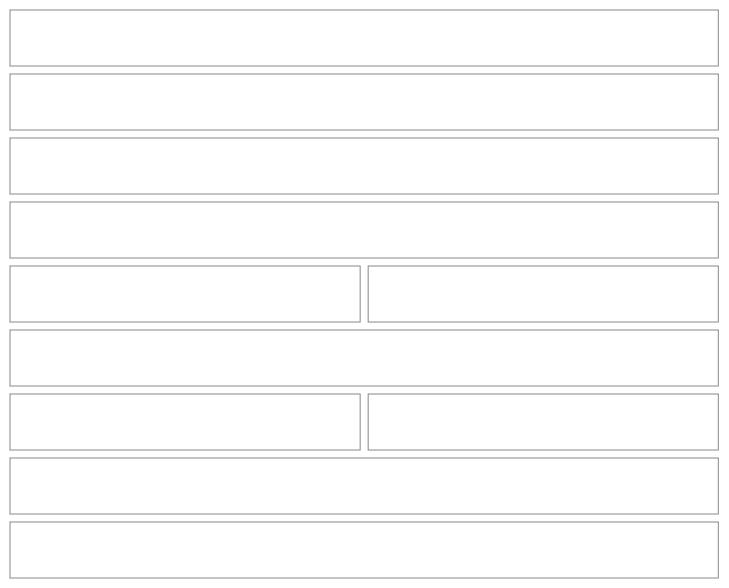
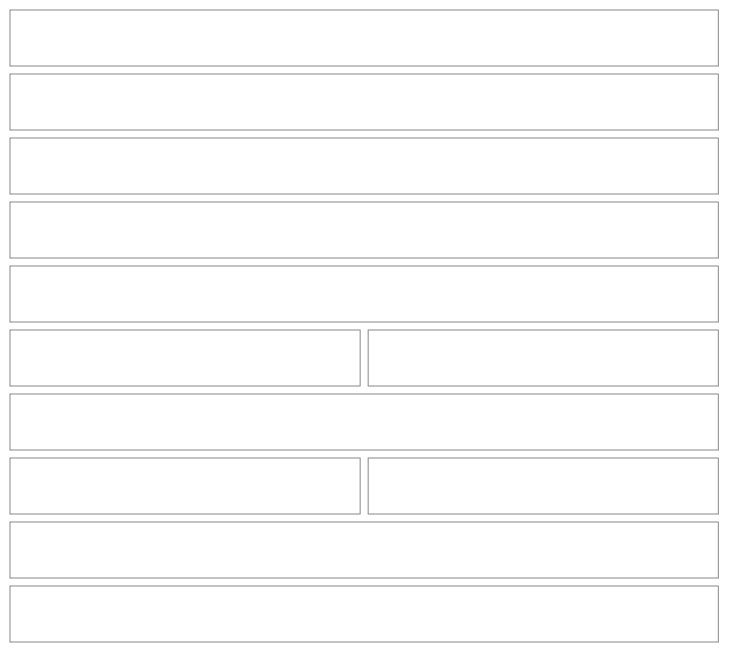
One commit to NovaMoonX/moondreams-dev-apps changed the eighth of 57 diagrams in src/apps/pinch/UX.md. Above: the diagram before and after it, drawn with Mermaid. The commit also changed other lines of this file and 5 other files, not shown here.

````diff
--- a/src/apps/pinch/UX.md
+++ b/src/apps/pinch/UX.md
@@ -323,27 +323,29 @@
 ```mermaid
 %%{init: {'theme': 'base', 'themeVariables': {'primaryColor': 'transparent', 'primaryBorderColor': '#888888', 'primaryTextColor': '#333333', 'lineColor': '#888888'}}}%%
 block-beta
   columns 2
   D1["Tue, Oct 13"]:2
   D2["$10.30 ⚠<br/>Total so far"]:2
-  D2b["Stats for this day · Calories and protein ›"]:2
+  D2n["That day<br/>🔥 1850 · 💪 92g"]:2
+  D2b["Stats for this day · Cost averages ›"]:2
   D3["🍳 Breakfast"]:2
   D4["Oats with berries · 1 serving"]:1
   D5["$1.20 ›"]:1
   D6["🍝 Dinner"]:2
   D7["Taco night · Adobo chicken, Cilantro lime rice"]:1
   D8["$9.10+ ›"]:1
   D9["Add to shopping list · 3 of 13 already on your list"]:2
   D11["Plan on this day"]:2
   style D1 fill:transparent,stroke:#888888,stroke-width:1px;
   style D2 fill:transparent,stroke:#888888,stroke-width:1px;
+  style D2n fill:transparent,stroke:#888888,stroke-width:1px;
   style D2b fill:transparent,stroke:#888888,stroke-width:1px;
   style D3 fill:transparent,stroke:#888888,stroke-width:1px;
   style D4 fill:transparent,stroke:#888888,stroke-width:1px;
   style D5 fill:transparent,stroke:#888888,stroke-width:1px;
   style D6 fill:transparent,stroke:#888888,stroke-width:1px;
   style D7 fill:transparent,stroke:#888888,stroke-width:1px;
   style D8 fill:transparent,stroke:#888888,stroke-width:1px;
   style D9 fill:transparent,stroke:#888888,stroke-width:1px;
   style D11 fill:transparent,stroke:#888888,stroke-width:1px;
 ```
````
